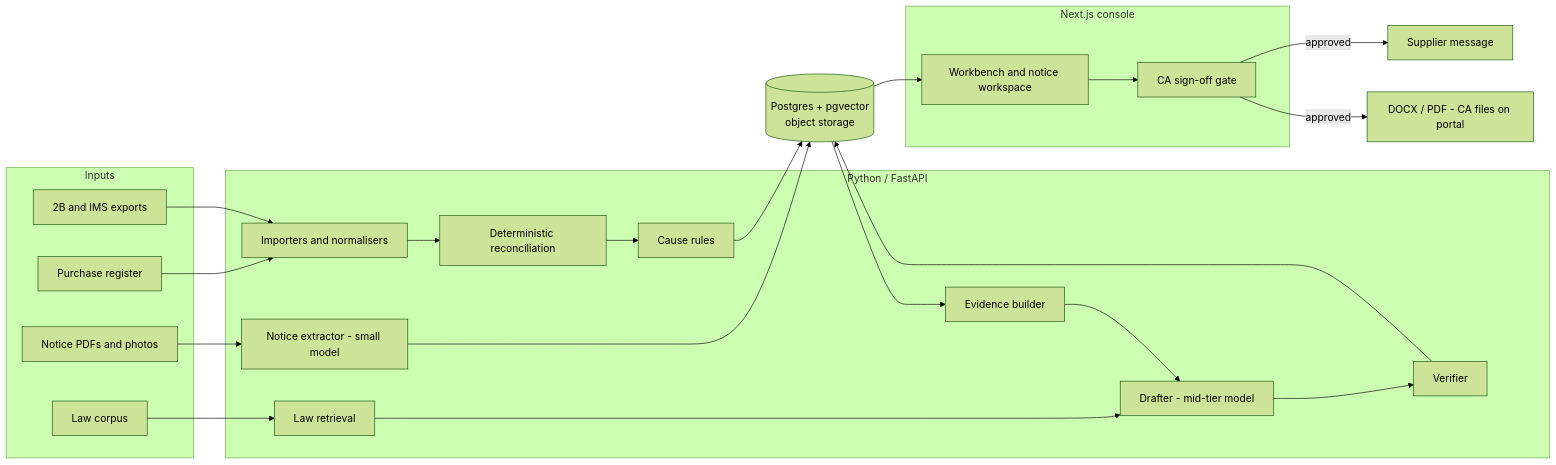
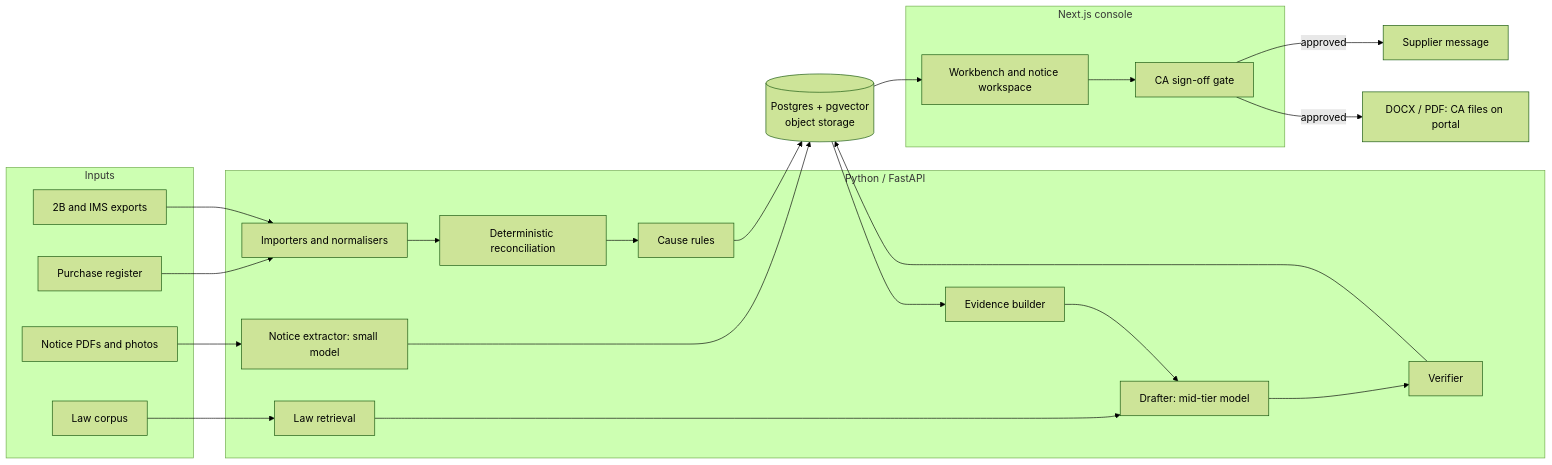
One commit to Ansh-Sonkusare/studious-octo-parakeet changed the diagram in ventures/gst-notice-desk/docs/PROTOTYPE_AND_MVP_PLAN.md. Above: the diagram before and after it, drawn with Mermaid (forest theme). The commit also changed other lines of this file and 18 other files, not shown here.

````diff
--- a/ventures/gst-notice-desk/docs/PROTOTYPE_AND_MVP_PLAN.md
+++ b/ventures/gst-notice-desk/docs/PROTOTYPE_AND_MVP_PLAN.md
@@ -138,34 +138,34 @@
 ```mermaid
 flowchart LR
   subgraph Inputs
-    A[2B and IMS exports]
-    B[Purchase register]
-    C[Notice PDFs and photos]
-    L[Law corpus]
+    A["2B and IMS exports"]
+    B["Purchase register"]
+    C["Notice PDFs and photos"]
+    L["Law corpus"]
   end
-  subgraph Core[Python / FastAPI]
+  subgraph Core["Python / FastAPI"]
     I[Importers and normalisers]
     R[Deterministic reconciliation]
     K[Cause rules]
-    X[Notice extractor - small model]
+    X["Notice extractor: small model"]
     E[Evidence builder]
     S[Law retrieval]
-    D[Drafter - mid-tier model]
+    D["Drafter: mid-tier model"]
     V[Verifier]
   end
-  DB[(Postgres + pgvector<br/>object storage)]
-  subgraph UI[Next.js console]
+  DB[("Postgres + pgvector<br/>object storage")]
+  subgraph UI["Next.js console"]
     W[Workbench and notice workspace]
     G[CA sign-off gate]
   end
   A --> I
   B --> I
   I --> R --> K --> DB
   C --> X --> DB
   L --> S
   DB --> E --> D
   S --> D --> V --> DB
   DB --> W --> G
-  G -->|approved| OUT[DOCX / PDF - CA files on portal]
+  G -->|approved| OUT["DOCX / PDF: CA files on portal"]
   G -->|approved| M[Supplier message]
 ```
````
